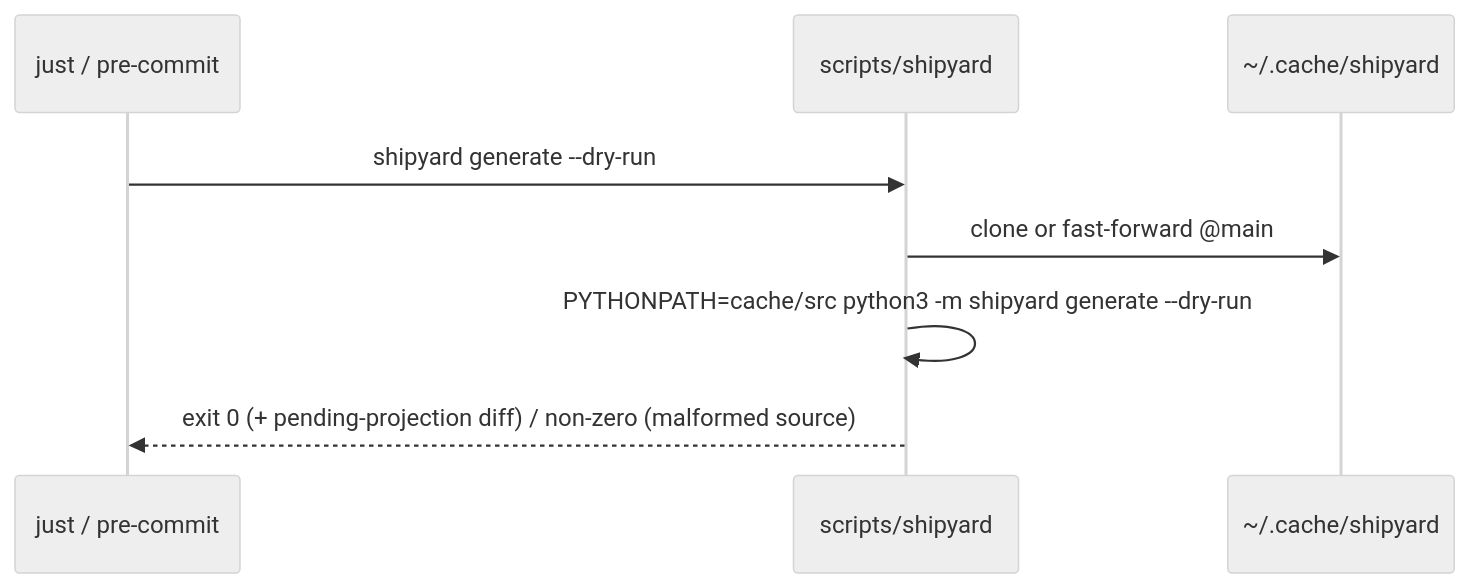
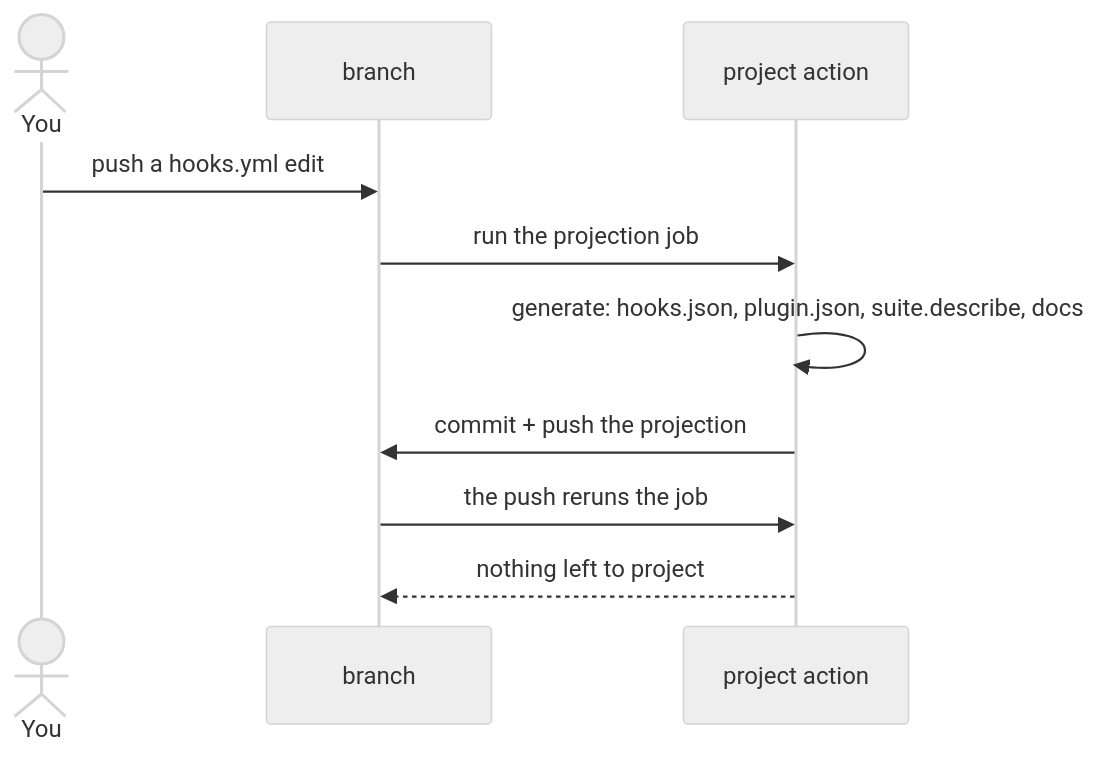
The third of 4 diagrams in docs/how-it-works.md (chris-peterson/shipyard), drawn with Mermaid (neutral theme) before and after one commit. The commit also changed other lines of this file and 17 other files, not shown here.

````diff
--- a/docs/how-it-works.md
+++ b/docs/how-it-works.md
@@ -116,11 +134,13 @@
 ```mermaid
 %%{ init: { 'look': 'handDrawn' } }%%
 sequenceDiagram
-  participant J as just / pre-commit
-  participant W as scripts/shipyard
-  participant C as ~/.cache/shipyard
-  J->>W: shipyard generate --dry-run
-  W->>C: clone or fast-forward @main
-  W->>W: PYTHONPATH=cache/src python3 -m shipyard generate --dry-run
-  W-->>J: exit 0 (+ pending-projection diff) / non-zero (malformed source)
+  actor You
+  participant B as branch
+  participant A as project action
+  You->>B: push a hooks.yml edit
+  B->>A: run the projection job
+  A->>A: generate: hooks.json, plugin.json, suite.describe, docs
+  A->>B: commit + push the projection
+  B->>A: the push reruns the job
+  A-->>B: nothing left to project
 ```
````
